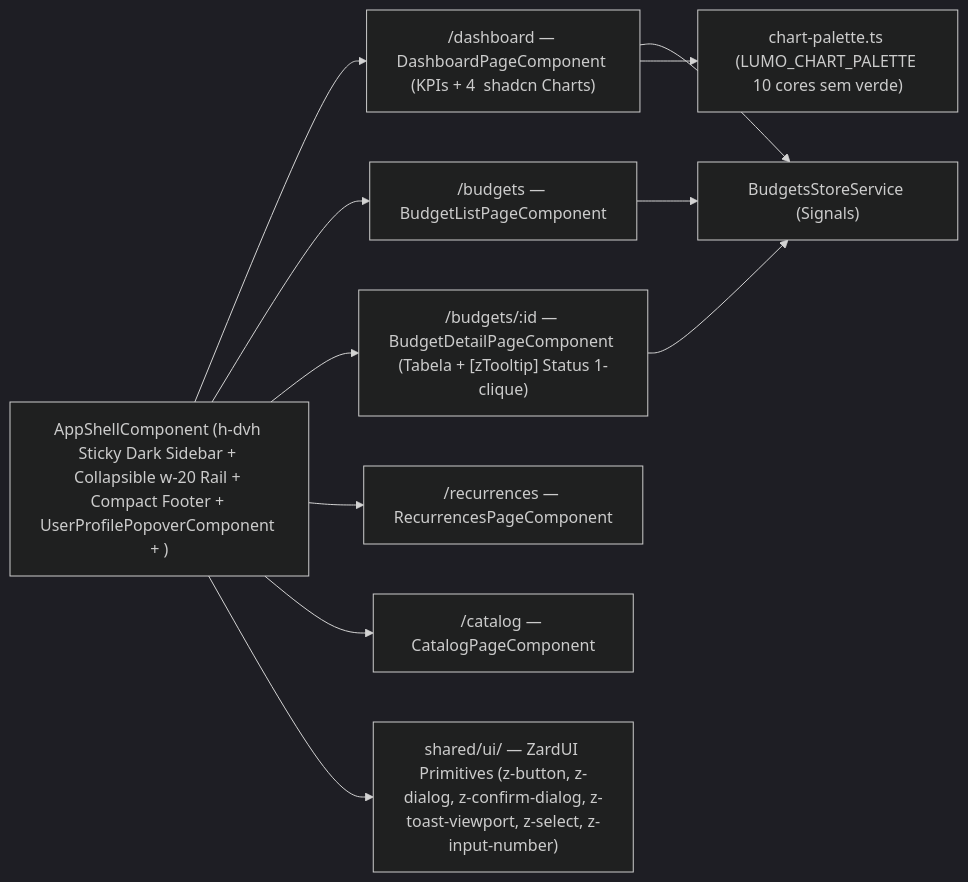
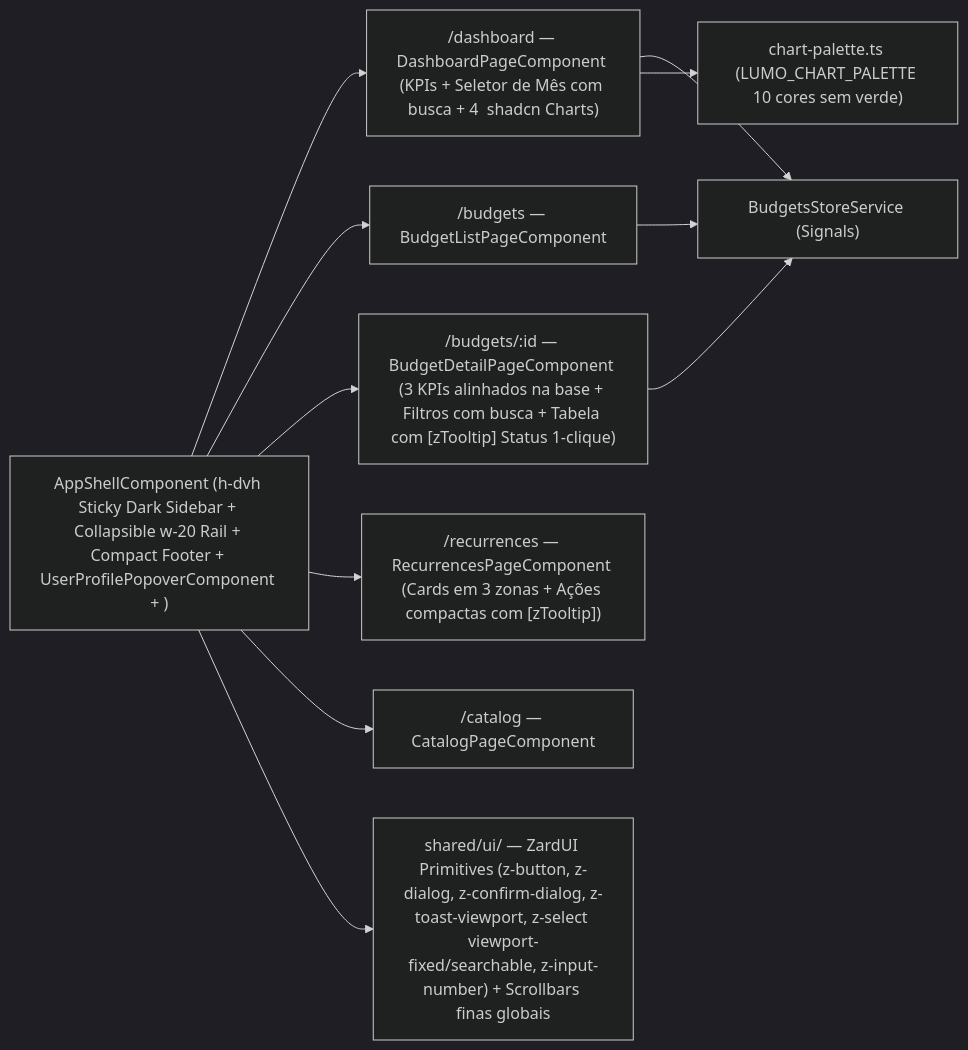
Before and after one commit to tiaggofg/lumo-app: the fourth of 4 diagrams in docs/arquitetura-c4.md, drawn with Mermaid (dark theme). The commit also changed 19 other files, not shown here.

First line of the commit message:
feat(ui): polish selects, KPIs, recurrences and scrollbars

````diff
--- a/docs/arquitetura-c4.md
+++ b/docs/arquitetura-c4.md
@@ -43,13 +43,13 @@
 ```mermaid
 flowchart LR
-  Shell["AppShellComponent (h-dvh Sticky Dark Sidebar + Collapsible w-20 Rail + Compact Footer + UserProfilePopoverComponent + <app-lumo-logo>)"] --> Dash["/dashboard — DashboardPageComponent (KPIs + 4 <z-chart-container> shadcn Charts)"]
+  Shell["AppShellComponent (h-dvh Sticky Dark Sidebar + Collapsible w-20 Rail + Compact Footer + UserProfilePopoverComponent + <app-lumo-logo>)"] --> Dash["/dashboard — DashboardPageComponent (KPIs + Seletor de Mês com busca + 4 <z-chart-container> shadcn Charts)"]
   Shell --> Budgets["/budgets — BudgetListPageComponent"]
-  Shell --> Detail["/budgets/:id — BudgetDetailPageComponent (Tabela + [zTooltip] Status 1-clique)"]
-  Shell --> Rec["/recurrences — RecurrencesPageComponent"]
+  Shell --> Detail["/budgets/:id — BudgetDetailPageComponent (3 KPIs alinhados na base + Filtros com busca + Tabela com [zTooltip] Status 1-clique)"]
+  Shell --> Rec["/recurrences — RecurrencesPageComponent (Cards em 3 zonas + Ações compactas com [zTooltip])"]
   Shell --> Cat["/catalog — CatalogPageComponent"]
-  Shell --> ZUI["shared/ui/ — ZardUI Primitives (z-button, z-dialog, z-confirm-dialog, z-toast-viewport, z-select, z-input-number)"]
+  Shell --> ZUI["shared/ui/ — ZardUI Primitives (z-button, z-dialog, z-confirm-dialog, z-toast-viewport, z-select viewport-fixed/searchable, z-input-number) + Scrollbars finas globais"]
   Dash --> Store["BudgetsStoreService (Signals)"]
   Budgets --> Store
   Detail --> Store
   Dash --> Palette["chart-palette.ts (LUMO_CHART_PALETTE 10 cores sem verde)"]
 ```
````
